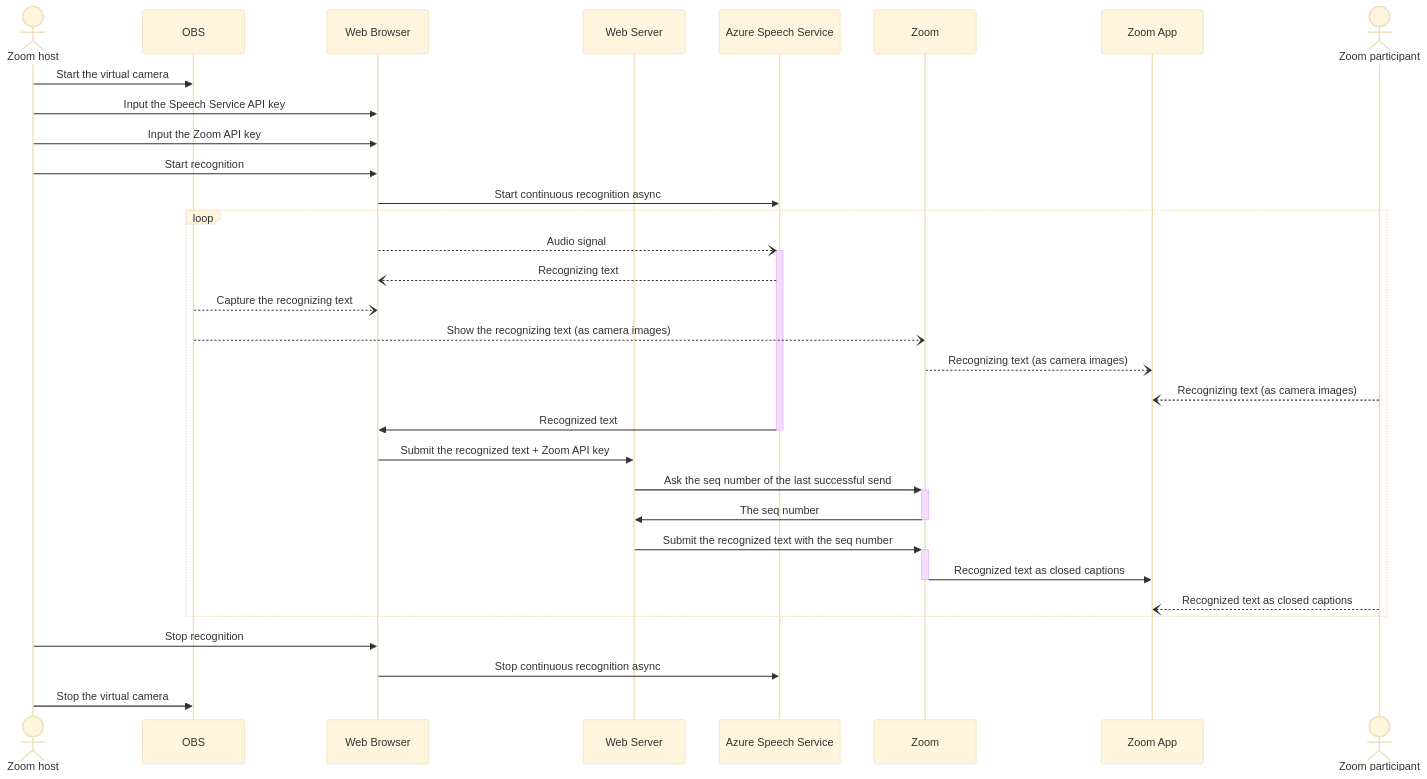
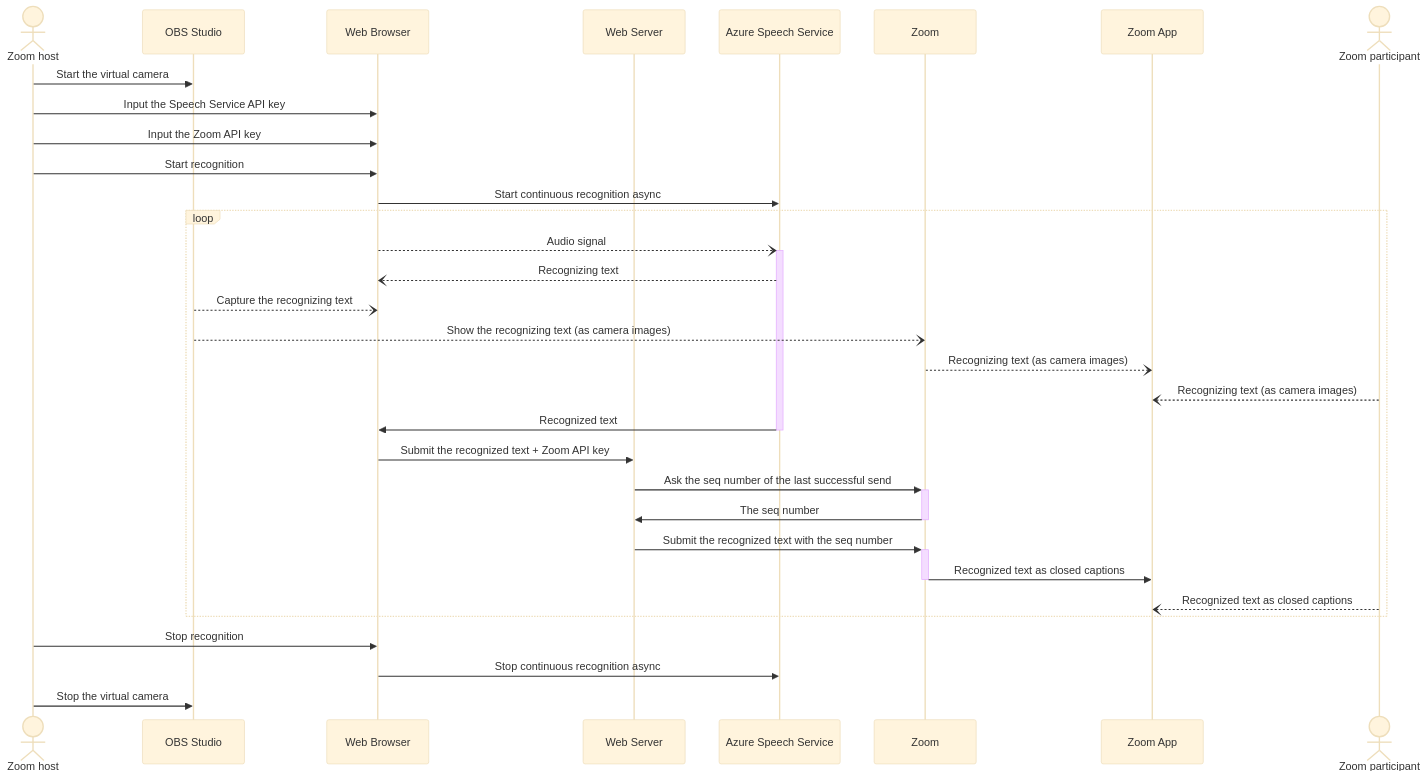
Before and after one commit to kotobuki/tiny-captioning-tool-for-zoom: the second of 2 diagrams in README.md, drawn with Mermaid (base theme). The commit also changed other lines of this file, not shown here.

````diff
--- a/README.md
+++ b/README.md
@@ -61,35 +90,35 @@
 ```mermaid
 sequenceDiagram
     actor H as Zoom host
-    participant O as OBS
+    participant O as OBS Studio
     participant B as Web Browser
     participant S as Web Server
     participant A as Azure Speech Service
     participant Z as Zoom
     participant ZA as Zoom App
     actor P as Zoom participant
 
     H->>O: Start the virtual camera
     H->>B: Input the Speech Service API key
     H->>B: Input the Zoom API key
     H->>B: Start recognition
     B->>A: Start continuous recognition async
     loop
         B--)+A: Audio signal
         A--)B: Recognizing text
         O--)B: Capture the recognizing text
         O--)Z: Show the recognizing text (as camera images)
         Z--)ZA: Recognizing text (as camera images)
         P--)ZA: Recognizing text (as camera images)
         A->>-B: Recognized text
         B->>S: Submit the recognized text + Zoom API key
         S->>+Z: Ask the seq number of the last successful send
         Z->>-S: The seq number
         S->>+Z: Submit the recognized text with the seq number
         Z->>-ZA: Recognized text as closed captions
         P--)ZA: Recognized text as closed captions
     end
     H->>B: Stop recognition
     B->>A: Stop continuous recognition async
     H->>O: Stop the virtual camera
 ```
````
